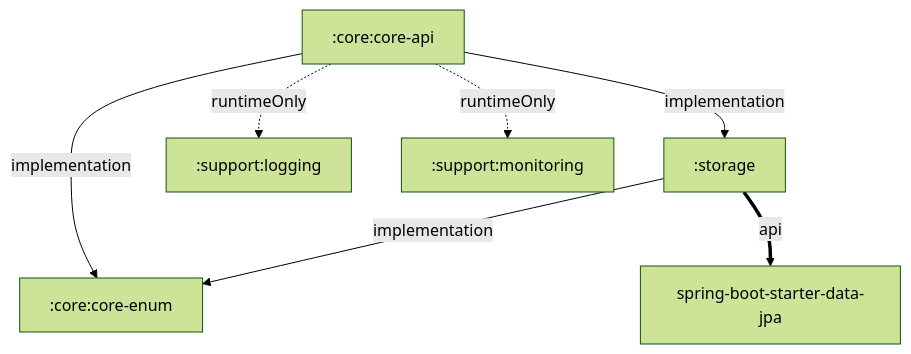
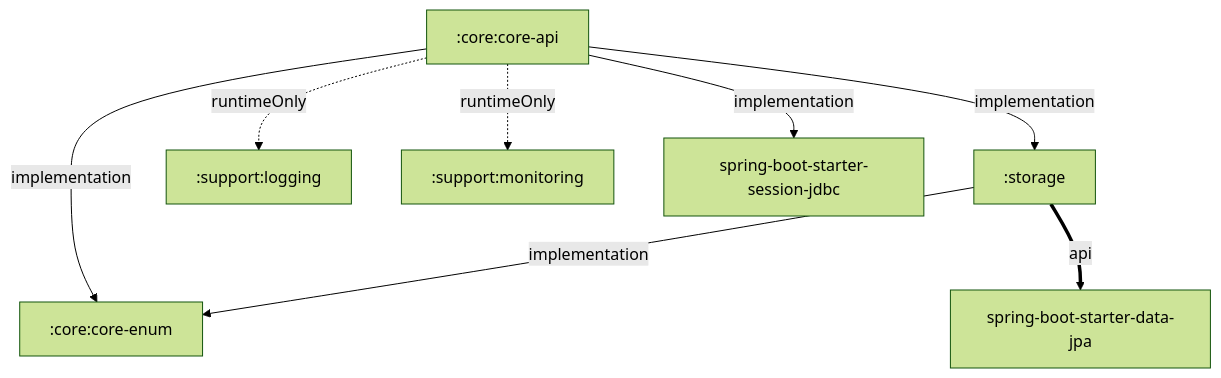
The diagram in backend/ai-block-clock/docs/MODULES.md (Team-ABC-Al-Block-Clock/Ai-Block-Clock), drawn with Mermaid (forest theme) before and after one commit. The commit also changed other lines of this file and 43 other files, not shown here.

Commit message:
[S15P21A403-286] refactor: Spring Session JDBC 기반 세션 관리 적용

````diff
--- a/backend/ai-block-clock/docs/MODULES.md
+++ b/backend/ai-block-clock/docs/MODULES.md
@@ -67,16 +67,18 @@
 ```mermaid
 graph TD
     api[":core:core-api"]
     enums[":core:core-enum"]
     storage[":storage"]
     logging[":support:logging"]
     monitoring[":support:monitoring"]
     jpa["spring-boot-starter-data-jpa"]
+    session["spring-boot-starter-session-jdbc"]
 
     api -->|implementation| storage
     api -->|implementation| enums
+    api -->|implementation| session
     api -.->|runtimeOnly| logging
     api -.->|runtimeOnly| monitoring
     storage -->|implementation| enums
     storage ==>|api| jpa
 ```
````
